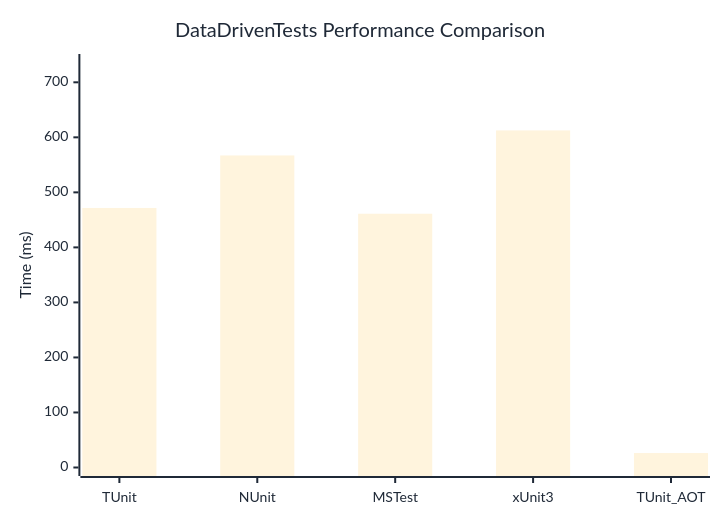
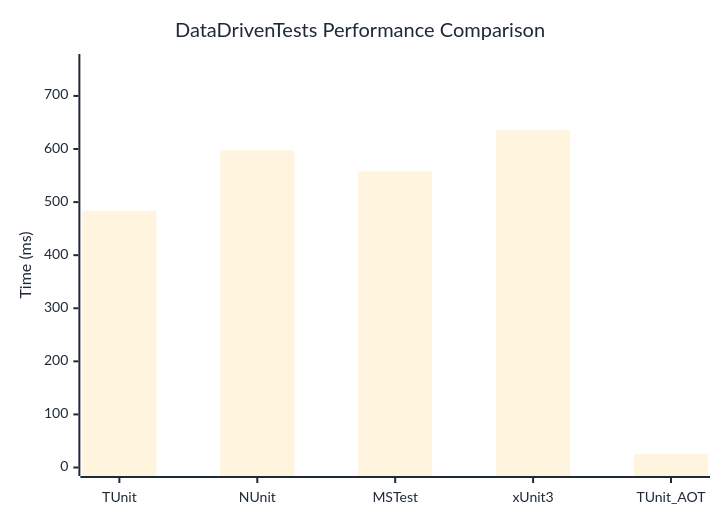
One commit to thomhurst/TUnit changed the diagram in docs/docs/benchmarks/DataDrivenTests.md. Above: the diagram before and after it, drawn with Mermaid. The commit also changed other lines of this file and 17 other files, not shown here.

````diff
--- a/docs/docs/benchmarks/DataDrivenTests.md
+++ b/docs/docs/benchmarks/DataDrivenTests.md
@@ -27,37 +27,37 @@
 ```mermaid
 %%{init: {
   'theme':'base',
   'themeVariables': {
     'primaryColor': '#2563eb',
     'primaryTextColor': '#1f2937',
     'primaryBorderColor': '#1e40af',
     'lineColor': '#6b7280',
     'secondaryColor': '#7c3aed',
     'tertiaryColor': '#dc2626',
     'background': '#ffffff',
     'mainBkg': '#2563eb',
     'secondBkg': '#7c3aed',
     'tertiaryBkg': '#dc2626',
     'clusterBkg': '#f3f4f6',
     'edgeLabelBackground': '#ffffff',
     'tertiaryTextColor': '#1f2937',
     'pie1': '#2563eb',
     'pie2': '#7c3aed',
     'pie3': '#dc2626',
     'pie4': '#f59e0b',
     'pie5': '#10b981',
     'pie6': '#06b6d4',
     'pie7': '#ec4899',
     'pie8': '#6366f1',
     'pie9': '#84cc16',
     'pie10': '#f97316',
     'pie11': '#14b8a6',
     'pie12': '#a855f7'
   }
 }}%%
 xychart-beta
   title "DataDrivenTests Performance Comparison"
   x-axis ["TUnit", "NUnit", "MSTest", "xUnit3", "TUnit_AOT"]
-  y-axis "Time (ms)" 0 --> 736
-  bar [471.65, 567.1, 461.19, 612.58, 26.27]
+  y-axis "Time (ms)" 0 --> 763
+  bar [483.57, 597.53, 557.72, 635.35, 25.49]
 ```
````
